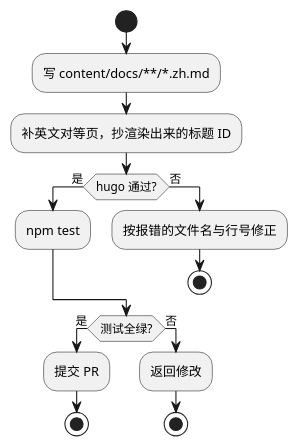
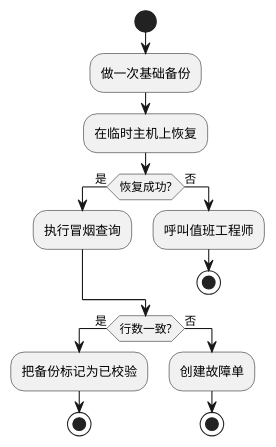
Before and after one commit to pgsty/oink.pgsty.com: the fourth of 5 diagrams in content/docs/components/plantuml.zh.md, drawn with PlantUML. The commit also changed other lines of this file and 148 other files, not shown here.

````diff
--- a/content/docs/components/plantuml.zh.md
+++ b/content/docs/components/plantuml.zh.md
@@ -107,20 +108,20 @@
 ```plantuml
 @startuml
 start
-:写 content/docs/**/*.zh.md;
-:补英文对等页，抄渲染出来的标题 ID;
-if (hugo 通过?) then (是)
-  :npm test;
+:做一次基础备份;
+:在临时主机上恢复;
+if (恢复成功?) then (是)
+  :执行冒烟查询;
 else (否)
-  :按报错的文件名与行号修正;
+  :呼叫值班工程师;
   stop
 endif
-if (测试全绿?) then (是)
-  :提交 PR;
+if (行数一致?) then (是)
+  :把备份标记为已校验;
   stop
 else (否)
-  :返回修改;
+  :创建故障单;
   stop
 endif
 @enduml
 ```
````
